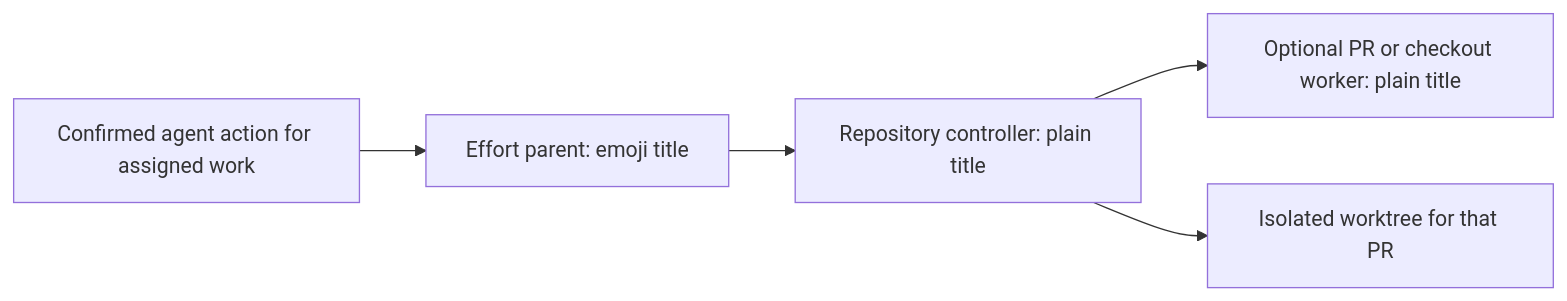
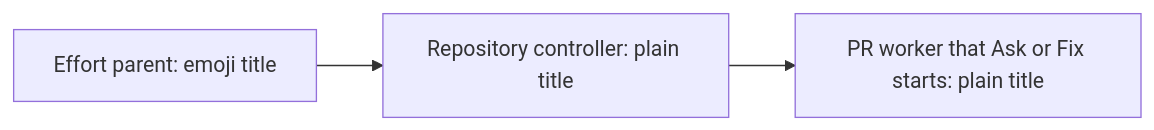
Before and after one commit to arashout/bb-plugins: the second of 2 diagrams in plugins/workstreams/README.md, drawn with Mermaid. The commit also changed other lines of this file and 21 other files, not shown here.

````diff
--- a/plugins/workstreams/README.md
+++ b/plugins/workstreams/README.md
@@ -124,7 +124,5 @@
 ```mermaid
 flowchart LR
-  action["Confirmed agent action for assigned work"] --> parent["Effort parent: emoji title"]
-  parent --> controller["Repository controller: plain title"]
-  controller --> worker["Optional PR or checkout worker: plain title"]
-  controller --> workspace["Isolated worktree for that PR"]
+  parent["Effort parent: emoji title"] --> controller["Repository controller: plain title"]
+  controller --> worker["PR worker that Ask or Fix starts: plain title"]
 ```
````
